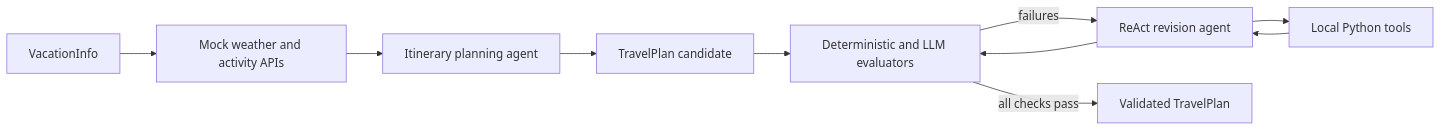
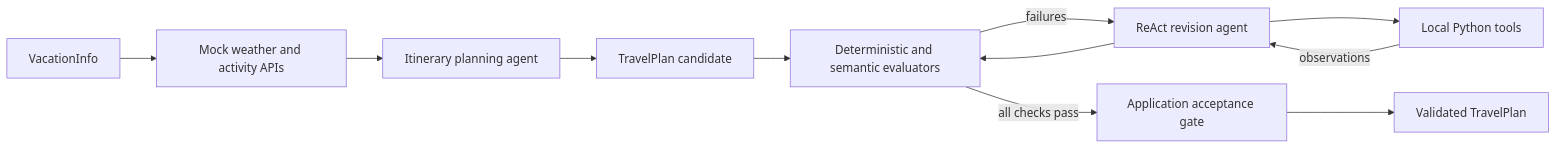
One commit to trzhang-ai/travel-planning-agent changed the diagram in README.md. Above: the diagram before and after it, drawn with Mermaid. The commit also changed other lines of this file and 4 other files, not shown here.

````diff
--- a/README.md
+++ b/README.md
@@ -46,12 +42,13 @@
 ```mermaid
 flowchart LR
     A[VacationInfo] --> B[Mock weather and activity APIs]
     B --> C[Itinerary planning agent]
     C --> D[TravelPlan candidate]
-    D --> E[Deterministic and LLM evaluators]
+    D --> E[Deterministic and semantic evaluators]
     E -->|failures| F[ReAct revision agent]
     F --> G[Local Python tools]
-    G --> F
+    G -->|observations| F
     F --> E
-    E -->|all checks pass| H[Validated TravelPlan]
+    E -->|all checks pass| H[Application acceptance gate]
+    H --> I[Validated TravelPlan]
 ```
````
